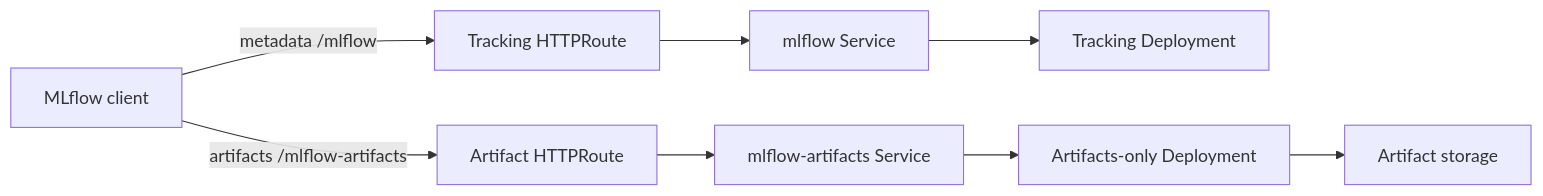
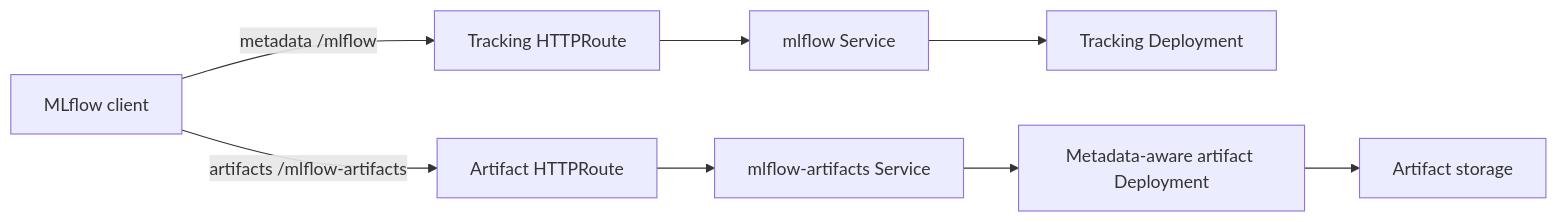
Before and after one commit to kramaranya/mlflow-operator: the second of 3 diagrams in ARCHITECTURE.md, drawn with Mermaid. The commit also changed other lines of this file and 24 other files, not shown here.

Commit message:
Route UI artifact handlers to the metadata-aware artifact server

````diff
--- a/ARCHITECTURE.md
+++ b/ARCHITECTURE.md
@@ -114,10 +120,10 @@
 ```mermaid
 flowchart LR
   client[MLflow client] -->|metadata /mlflow| trackingRoute[Tracking HTTPRoute]
   client -->|artifacts /mlflow-artifacts| artifactRoute[Artifact HTTPRoute]
   trackingRoute --> trackingService[mlflow Service]
   trackingService --> trackingDeployment[Tracking Deployment]
   artifactRoute --> artifactService[mlflow-artifacts Service]
-  artifactService --> artifactDeployment[Artifacts-only Deployment]
+  artifactService --> artifactDeployment[Metadata-aware artifact Deployment]
   artifactDeployment --> storage[Artifact storage]
 ```
````
